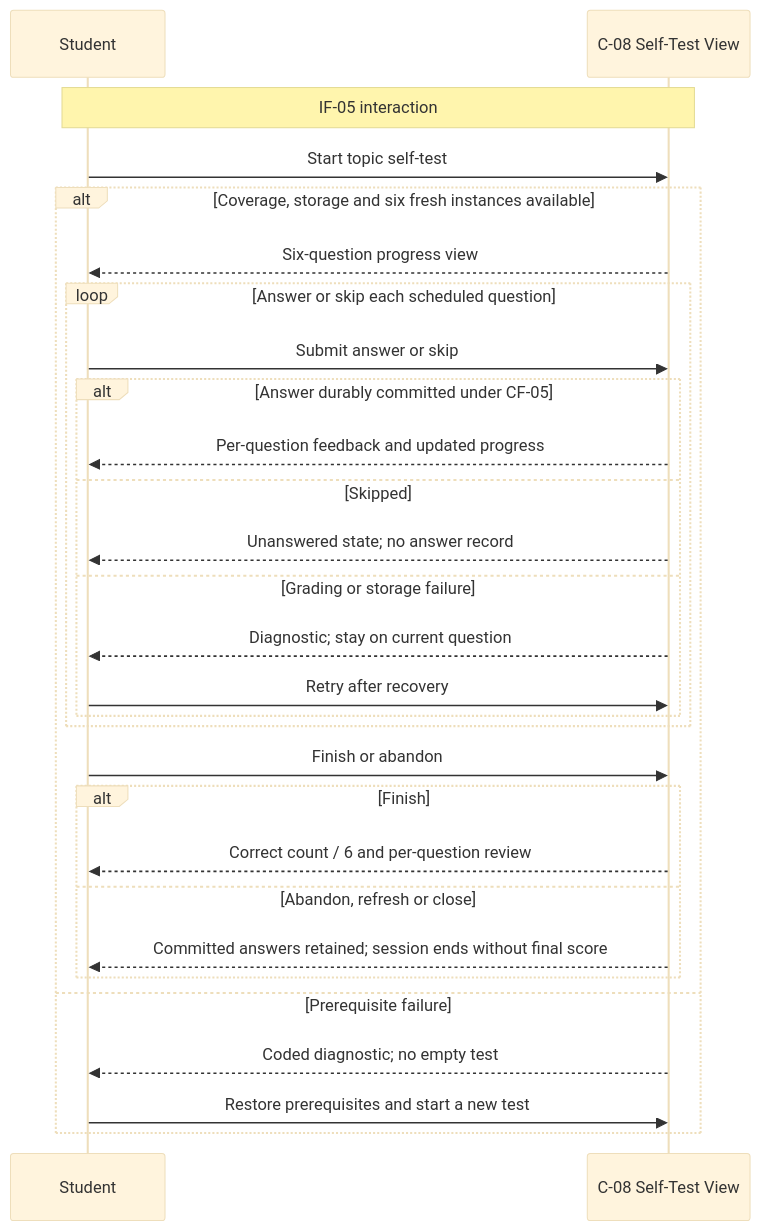
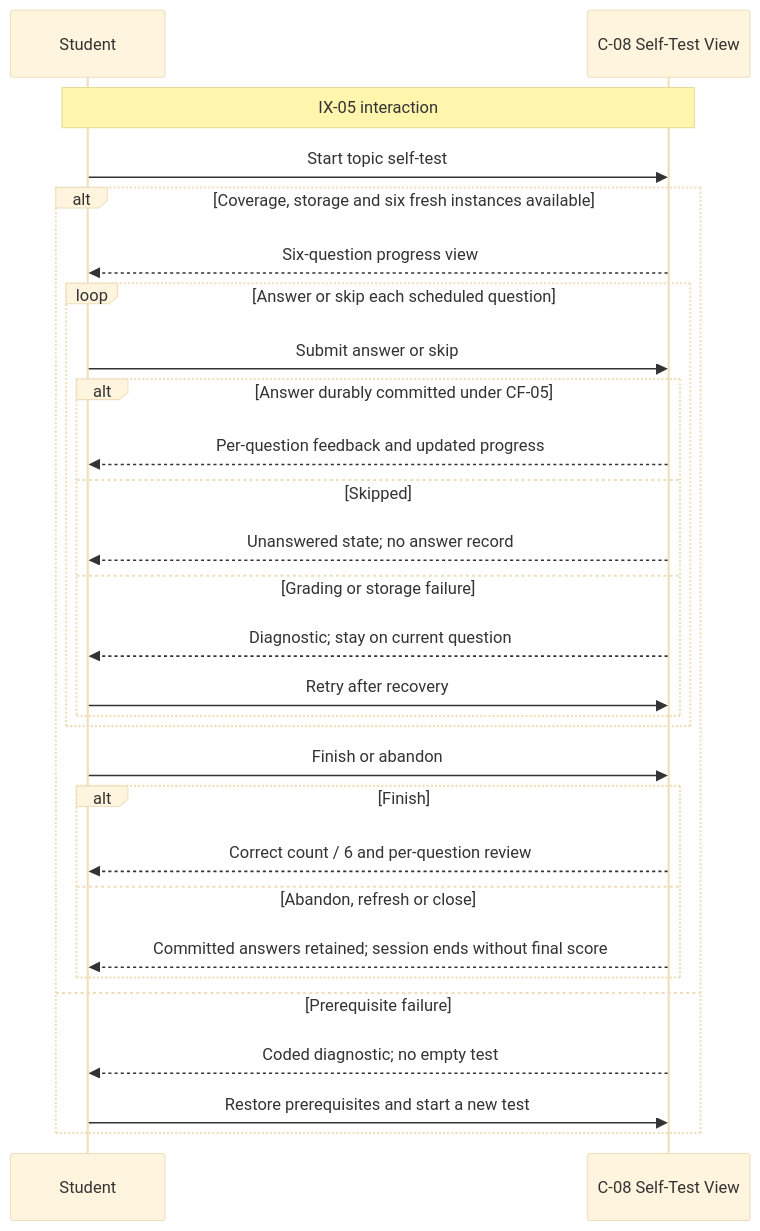
One commit to hailingu/orange changed diagram 13 of 14 in docs/architecture/ADD-0001-orange-v1-baseline.md. Above: the diagram before and after it, drawn with Mermaid (base theme). The commit also changed other lines of this file and 1 other file, not shown here.

First line of the commit message:
docs(architecture): approve ADD-0001 V1 baseline to Current

````diff
--- a/docs/architecture/ADD-0001-orange-v1-baseline.md
+++ b/docs/architecture/ADD-0001-orange-v1-baseline.md
@@ -743,30 +744,30 @@
 ```mermaid
 sequenceDiagram
     participant Student
     participant C08 as C-08 Self-Test View
-    Note over Student,C08: IF-05 interaction
+    Note over Student,C08: IX-05 interaction
     Student->>C08: Start topic self-test
     alt Coverage, storage and six fresh instances available
         C08-->>Student: Six-question progress view
         loop Answer or skip each scheduled question
             Student->>C08: Submit answer or skip
             alt Answer durably committed under CF-05
                 C08-->>Student: Per-question feedback and updated progress
             else Skipped
                 C08-->>Student: Unanswered state#59; no answer record
             else Grading or storage failure
                 C08-->>Student: Diagnostic#59; stay on current question
                 Student->>C08: Retry after recovery
             end
         end
         Student->>C08: Finish or abandon
         alt Finish
             C08-->>Student: Correct count / 6 and per-question review
         else Abandon, refresh or close
             C08-->>Student: Committed answers retained#59; session ends without final score
         end
     else Prerequisite failure
         C08-->>Student: Coded diagnostic#59; no empty test
         Student->>C08: Restore prerequisites and start a new test
     end
 ```
````
